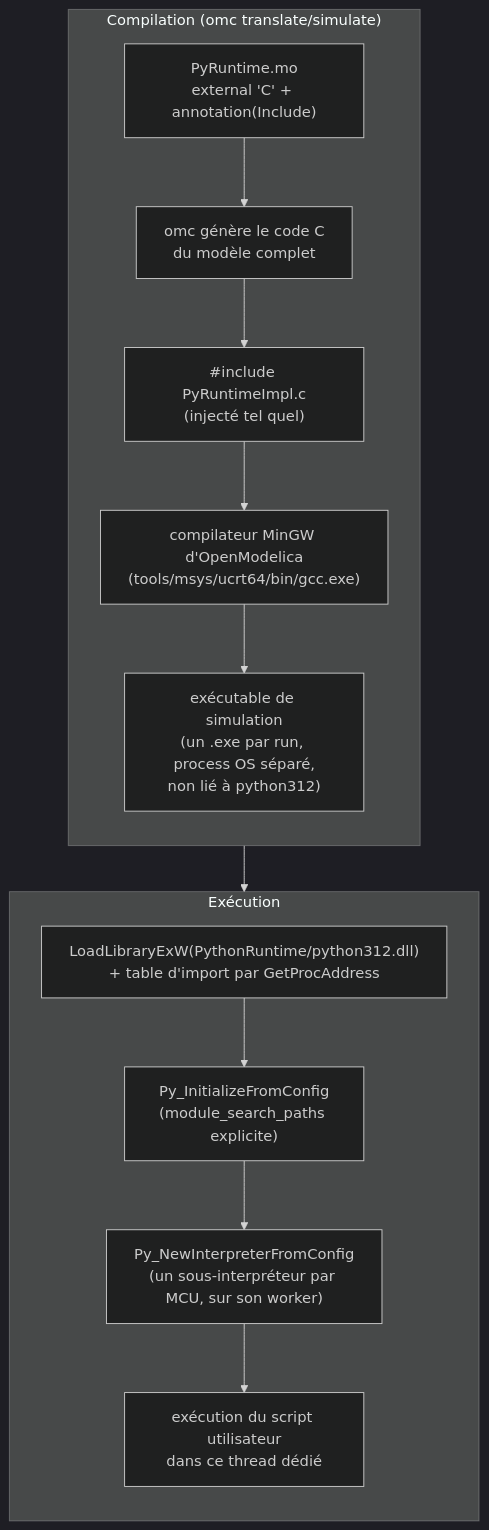
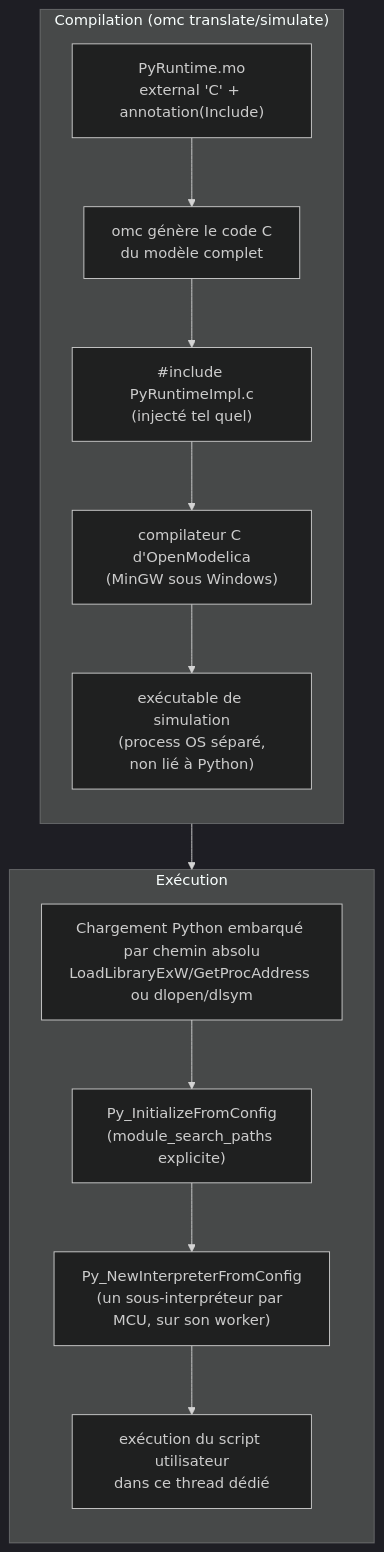
Before and after one commit to bdelaup/modelica_micropython: the first of 3 diagrams in docs/fr/interne/integration-python.md, drawn with Mermaid (dark theme). The commit also changed other lines of this file and 1857 other files, not shown here.

````diff
--- a/docs/fr/interne/integration-python.md
+++ b/docs/fr/interne/integration-python.md
@@ -7,21 +7,21 @@
 ```mermaid
 flowchart TD
     subgraph Compilation["Compilation (omc translate/simulate)"]
         direction TB
         A["PyRuntime.mo<br/>external 'C' + annotation(Include)"]
         B["omc génère le code C<br/>du modèle complet"]
         C["#include PyRuntimeImpl.c<br/>(injecté tel quel)"]
-        D["compilateur MinGW d'OpenModelica<br/>(tools/msys/ucrt64/bin/gcc.exe)"]
-        F["exécutable de simulation<br/>(un .exe par run, process OS séparé,<br/>non lié à python312)"]
+        D["compilateur C d'OpenModelica<br/>(MinGW sous Windows)"]
+        F["exécutable de simulation<br/>(process OS séparé,<br/>non lié à Python)"]
         A --> B --> C --> D --> F
     end
     subgraph Runtime["Exécution"]
         direction TB
-        G["LoadLibraryExW(PythonRuntime/python312.dll)<br/>+ table d'import par GetProcAddress"]
+        G["Chargement Python embarqué par chemin absolu<br/>LoadLibraryExW/GetProcAddress ou dlopen/dlsym"]
         H["Py_InitializeFromConfig<br/>(module_search_paths explicite)"]
         J["Py_NewInterpreterFromConfig<br/>(un sous-interpréteur par MCU, sur son worker)"]
         I["exécution du script utilisateur<br/>dans ce thread dédié"]
         G --> H --> J --> I
     end
     F --> G
 ```
````
